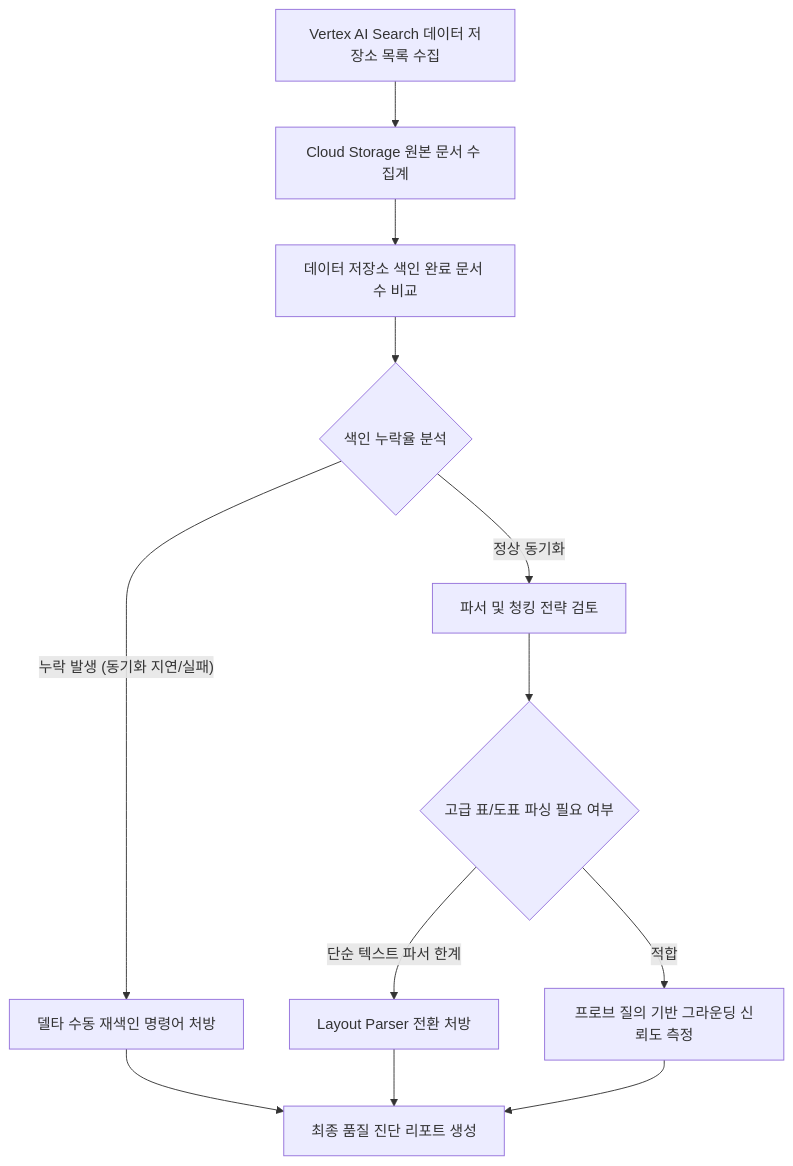
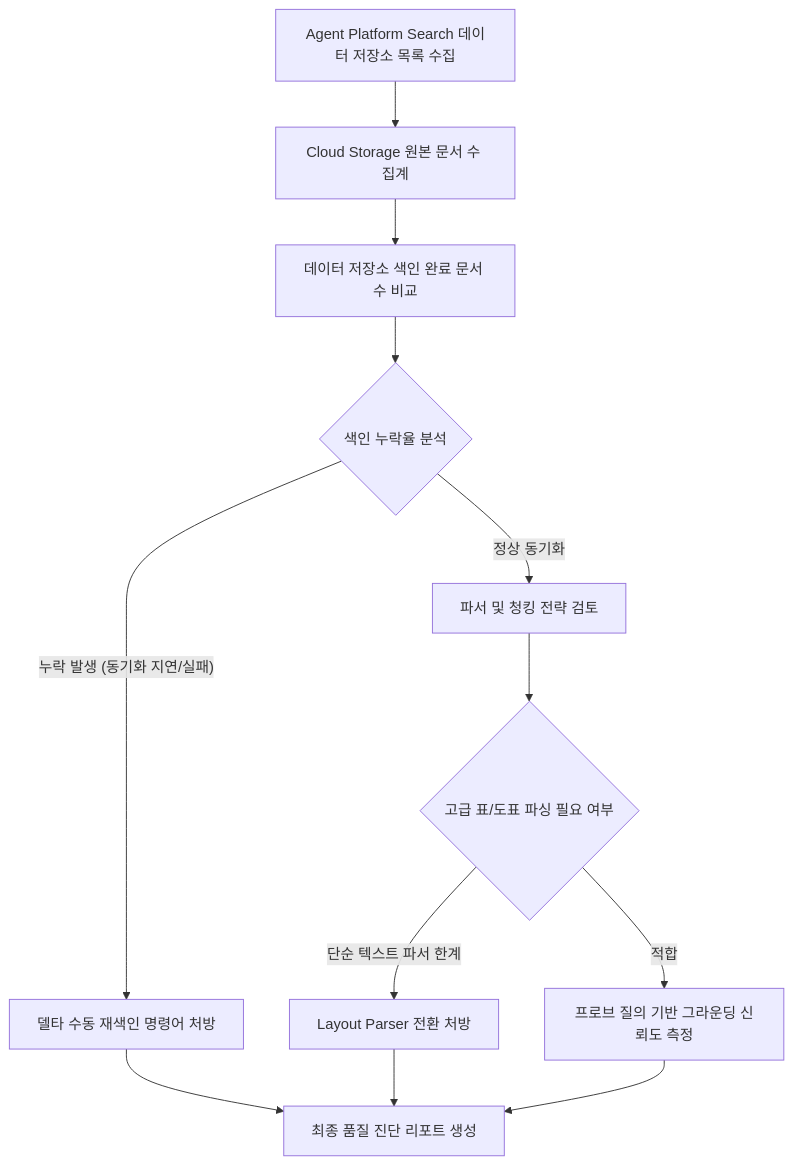
The diagram in samples/vertex-search-grounding-validator/README.md (jiangjun-forge/google-cloud-0-to-1), drawn with Mermaid before and after one commit. The commit also changed other lines of this file and 9 other files, not shown here.

````diff
--- a/samples/vertex-search-grounding-validator/README.md
+++ b/samples/vertex-search-grounding-validator/README.md
@@ -39,14 +39,14 @@
 ```mermaid
 graph TD
-    A["Vertex AI Search 데이터 저장소 목록 수집"] --> B["Cloud Storage 원본 문서 수 집계"]
+    A["Agent Platform Search 데이터 저장소 목록 수집"] --> B["Cloud Storage 원본 문서 수 집계"]
     B --> C["데이터 저장소 색인 완료 문서 수 비교"]
     C --> D{"색인 누락율 분석"}
     D -- "누락 발생 (동기화 지연/실패)" --> E["델타 수동 재색인 명령어 처방"]
     D -- "정상 동기화" --> F["파서 및 청킹 전략 검토"]
     F --> G{"고급 표/도표 파싱 필요 여부"}
     G -- "단순 텍스트 파서 한계" --> H["Layout Parser 전환 처방"]
     G -- "적합" --> I["프로브 질의 기반 그라운딩 신뢰도 측정"]
     E --> J["최종 품질 진단 리포트 생성"]
     H --> J
     I --> J
 ```
````
